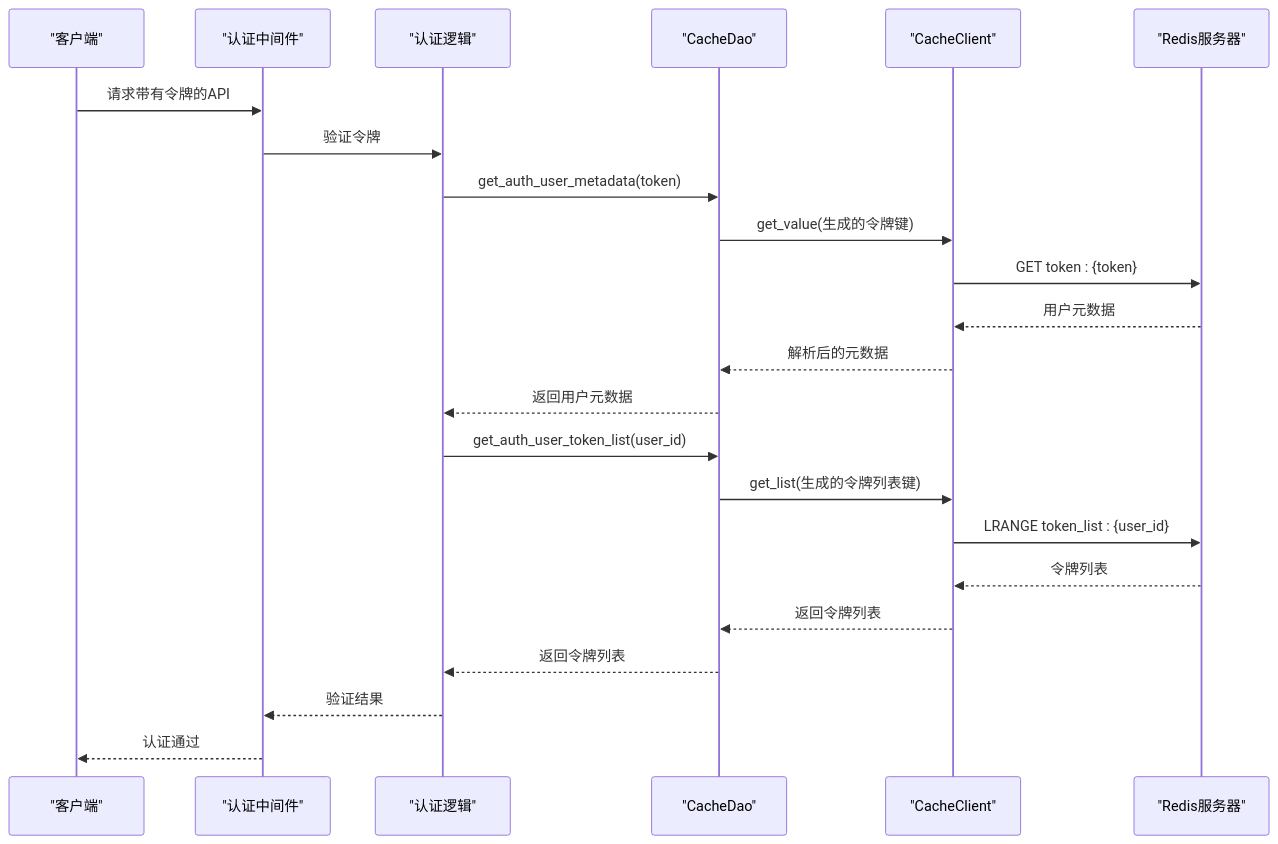
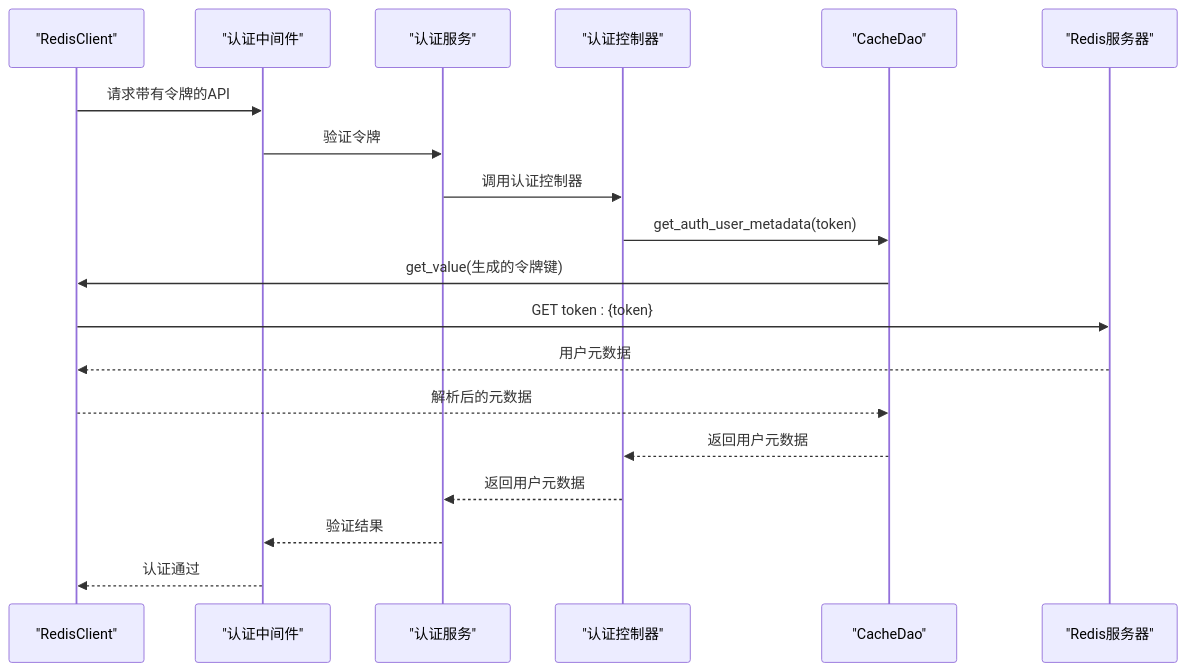
Before and after one commit to lilinzezzzzzz/fastapi-backend: the fifth of 8 diagrams in .qoder/repowiki/zh/content/数据访问层/Redis数据访问对象.md, drawn with Mermaid. The commit also changed other lines of this file and 42 other files, not shown here.

````diff
--- a/.qoder/repowiki/zh/content/数据访问层/Redis数据访问对象.md
+++ b/.qoder/repowiki/zh/content/数据访问层/Redis数据访问对象.md
@@ -234,25 +260,22 @@
 ```mermaid
 sequenceDiagram
 participant Client as "客户端"
 participant Middleware as "认证中间件"
-participant Auth as "认证逻辑"
+participant Service as "认证服务"
+participant Controller as "认证控制器"
 participant Dao as "CacheDao"
-participant Cache as "CacheClient"
+participant Client as "RedisClient"
 participant Redis as "Redis服务器"
 Client->>Middleware : 请求带有令牌的API
-Middleware->>Auth : 验证令牌
-Auth->>Dao : get_auth_user_metadata(token)
-Dao->>Cache : get_value(生成的令牌键)
-Cache->>Redis : GET token : {token}
-Redis-->>Cache : 用户元数据
-Cache-->>Dao : 解析后的元数据
-Dao-->>Auth : 返回用户元数据
-Auth->>Dao : get_auth_user_token_list(user_id)
-Dao->>Cache : get_list(生成的令牌列表键)
-Cache->>Redis : LRANGE token_list : {user_id}
-Redis-->>Cache : 令牌列表
-Cache-->>Dao : 返回令牌列表
-Dao-->>Auth : 返回令牌列表
-Auth-->>Middleware : 验证结果
+Middleware->>Service : 验证令牌
+Service->>Controller : 调用认证控制器
+Controller->>Dao : get_auth_user_metadata(token)
+Dao->>Client : get_value(生成的令牌键)
+Client->>Redis : GET token : {token}
+Redis-->>Client : 用户元数据
+Client-->>Dao : 解析后的元数据
+Dao-->>Controller : 返回用户元数据
+Controller-->>Service : 返回用户元数据
+Service-->>Middleware : 验证结果
 Middleware-->>Client : 认证通过
 ```
````
